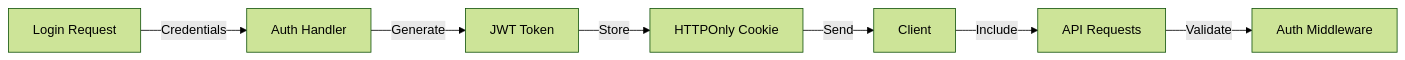
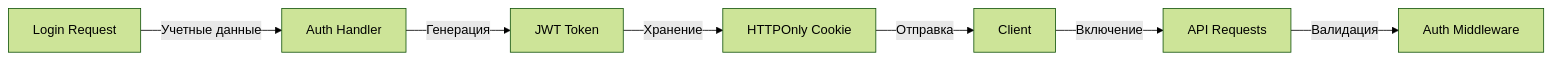
One commit to misha1350/mospolytech-web-app changed the fourth of 5 diagrams in docs/ARCHITECTURE.md. Above: the diagram before and after it, drawn with Mermaid (forest theme). The commit also changed other lines of this file and 6 other files, not shown here.

````diff
--- a/docs/ARCHITECTURE.md
+++ b/docs/ARCHITECTURE.md
@@ -91,9 +91,9 @@
 ```mermaid
 flowchart LR
-    Login[Login Request] -->|Credentials| Auth[Auth Handler]
-    Auth -->|Generate| JWT[JWT Token]
-    JWT -->|Store| Cookie[HTTPOnly Cookie]
-    Cookie -->|Send| Client[Client]
-    Client -->|Include| Requests[API Requests]
-    Requests -->|Validate| Middleware[Auth Middleware]
+    Login[Login Request] -->|Учетные данные| Auth[Auth Handler]
+    Auth -->|Генерация| JWT[JWT Token]
+    JWT -->|Хранение| Cookie[HTTPOnly Cookie]
+    Cookie -->|Отправка| Client[Client]
+    Client -->|Включение| Requests[API Requests]
+    Requests -->|Валидация| Middleware[Auth Middleware]
 ```
````
